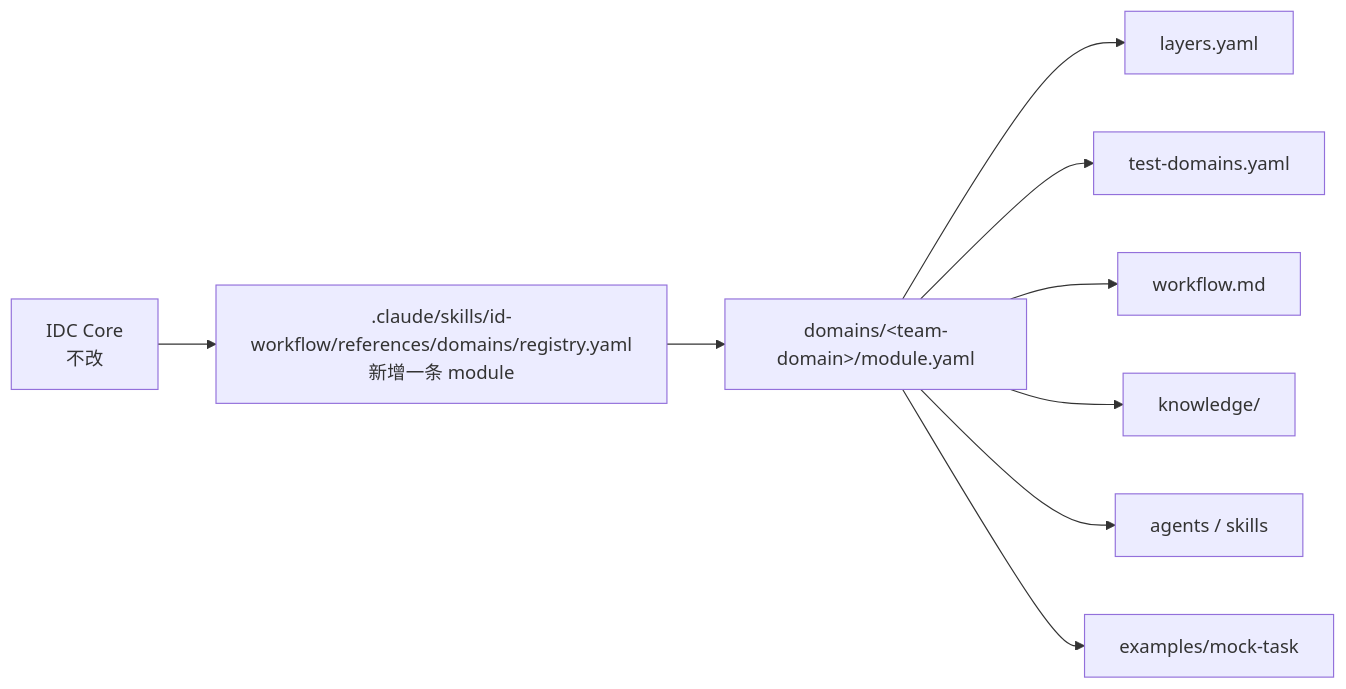
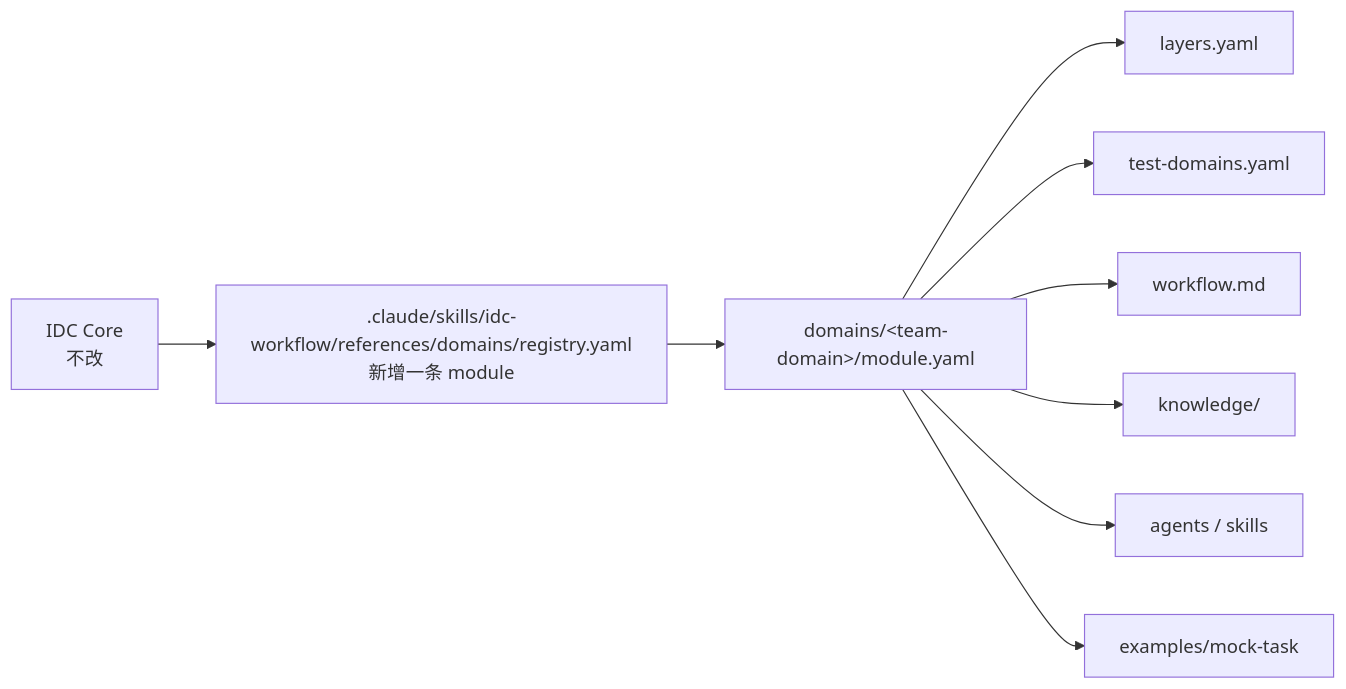
One commit to kangkangkim/IntentDynamicSOP changed the third of 3 diagrams in docs/architecture-diagram.md. Above: the diagram before and after it, drawn with Mermaid. The commit also changed other lines of this file and 161 other files, not shown here.

Commit message:
Skillize IDC workflow with idc prefixes

````diff
--- a/docs/architecture-diagram.md
+++ b/docs/architecture-diagram.md
@@ -70,11 +70,11 @@
 ```mermaid
 flowchart LR
-    A["IDC Core<br/>不改"] --> B[".claude/skills/id-workflow/references/domains/registry.yaml<br/>新增一条 module"]
+    A["IDC Core<br/>不改"] --> B[".claude/skills/idc-workflow/references/domains/registry.yaml<br/>新增一条 module"]
     B --> C["domains/&lt;team-domain&gt;/module.yaml"]
     C --> D["layers.yaml"]
     C --> E["test-domains.yaml"]
     C --> F["workflow.md"]
     C --> G["knowledge/"]
     C --> H["agents / skills"]
     C --> I["examples/mock-task"]
 ```
````
